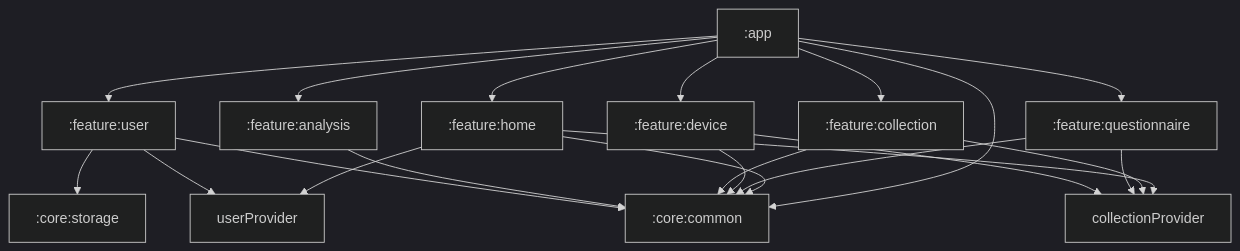
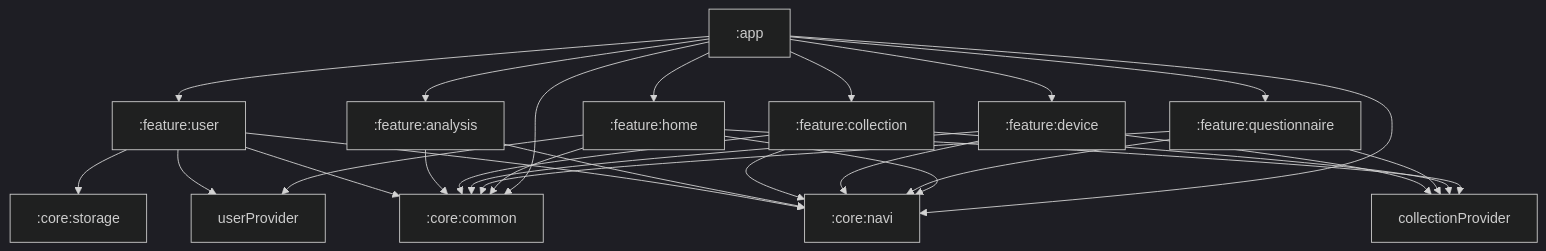
Before and after one commit to hooierayi/vitalhub: the diagram in docs/architecture/index.md, drawn with Mermaid (dark theme). The commit also changed other lines of this file and 49 other files, not shown here.

Commit message:
refactor: centralize collection flow navigation

````diff
--- a/docs/architecture/index.md
+++ b/docs/architecture/index.md
@@ -36,23 +36,30 @@
 ```mermaid
 graph TD
     app[":app"] --> common[":core:common"]
+    app --> navi[":core:navi"]
     userFeature --> storage[":core:storage"]
     app --> home[":feature:home"]
     app --> userFeature[":feature:user"]
     app --> questionnaire[":feature:questionnaire"]
     app --> device[":feature:device"]
     app --> collection[":feature:collection"]
     app --> analysis[":feature:analysis"]
     home --> common
+    home --> navi
     home --> userProvider
     home --> collectionProvider
     questionnaire --> common
+    questionnaire --> navi
     device --> common
+    device --> navi
     collection --> common
+    collection --> navi
     collection --> collectionProvider
     questionnaire --> collectionProvider
     device --> collectionProvider
     analysis --> common
+    analysis --> navi
     userFeature --> common
+    userFeature --> navi
     userFeature --> userProvider
 ```
````
